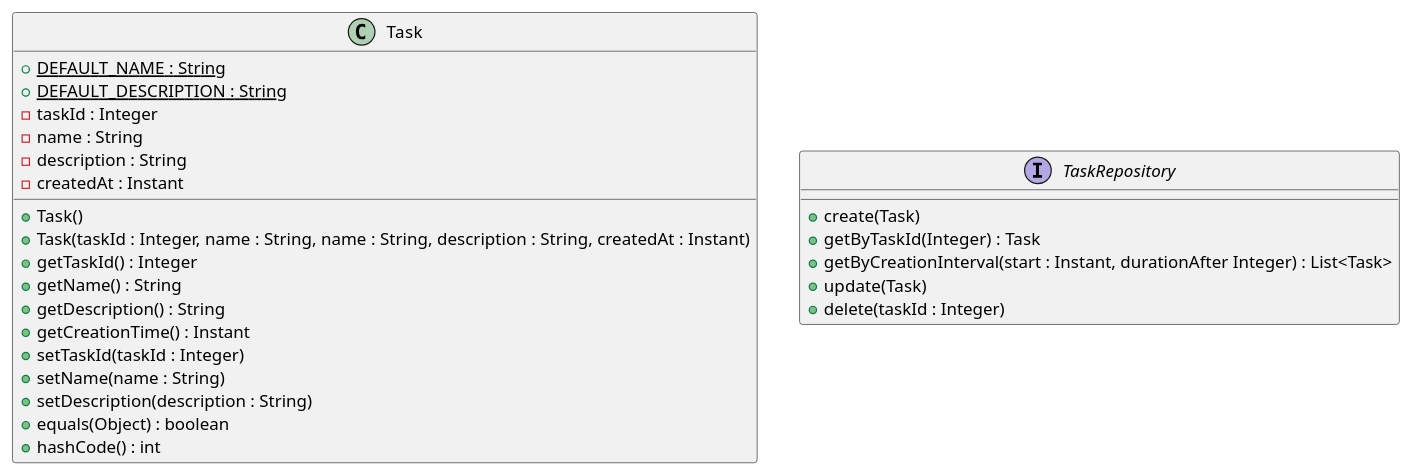
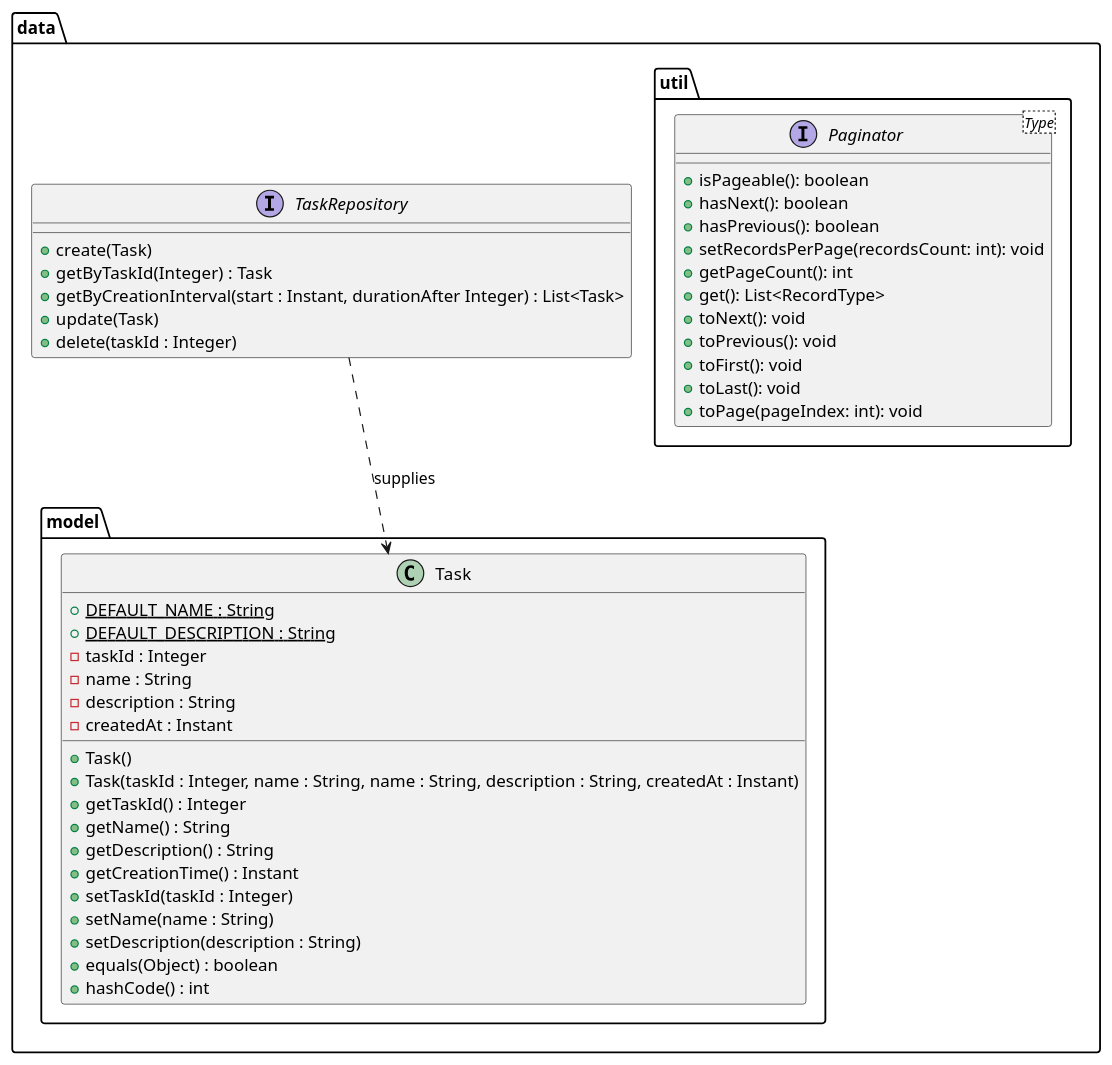
One commit to AhmdSkr/task-manager-client changed the diagram in src/main/java/com/rakkiz/taskmanagerclient/Task-Manager-Client-Class-Diagram.puml. Above: the diagram before and after it, drawn with PlantUML.

Commit message:
Class Diagram Updated

```diff
--- a/src/main/java/com/rakkiz/taskmanagerclient/Task-Manager-Client-Class-Diagram.puml
+++ b/src/main/java/com/rakkiz/taskmanagerclient/Task-Manager-Client-Class-Diagram.puml
@@ -1,31 +1,55 @@
 @startuml
 'https://plantuml.com/class-diagram
 
-class Task {
-    + {static} DEFAULT_NAME : String
-    + {static} DEFAULT_DESCRIPTION : String
-    - taskId : Integer
-    - name : String
-    - description : String
-    - createdAt : Instant
-    + Task()
-    + Task(taskId : Integer, name : String, name : String, description : String, createdAt : Instant)
-    + getTaskId() : Integer
-    + getName() : String
-    + getDescription() : String
-    + getCreationTime() : Instant
-    + setTaskId(taskId : Integer)
-    + setName(name : String)
-    + setDescription(description : String)
-    + equals(Object) : boolean
-    + hashCode() : int
-}
+package data {
 
-interface TaskRepository {
-    + create(Task)
-    + getByTaskId(Integer) : Task
-    + getByCreationInterval(start : Instant, durationAfter Integer) : List<Task>
-    + update(Task)
-    + delete(taskId : Integer)
+    package model {
+        class Task {
+            + {static} DEFAULT_NAME : String
+            + {static} DEFAULT_DESCRIPTION : String
+            - taskId : Integer
+            - name : String
+            - description : String
+            - createdAt : Instant
+            + Task()
+            + Task(taskId : Integer, name : String, name : String, description : String, createdAt : Instant)
+            + getTaskId() : Integer
+            + getName() : String
+            + getDescription() : String
+            + getCreationTime() : Instant
+            + setTaskId(taskId : Integer)
+            + setName(name : String)
+            + setDescription(description : String)
+            + equals(Object) : boolean
+            + hashCode() : int
+        }
+    }
+    package util {
+
+        interface Paginator<Type> {
+            + isPageable(): boolean
+            + hasNext(): boolean
+            + hasPrevious(): boolean
+            + setRecordsPerPage(recordsCount: int): void
+            + getPageCount(): int
+            + get(): List<RecordType>
+            + toNext(): void
+            + toPrevious(): void
+            + toFirst(): void
+            + toLast(): void
+            + toPage(pageIndex: int): void
+        }
+
+    }
+
+    interface TaskRepository {
+        + create(Task)
+        + getByTaskId(Integer) : Task
+        + getByCreationInterval(start : Instant, durationAfter Integer) : List<Task>
+        + update(Task)
+        + delete(taskId : Integer)
+    }
+    TaskRepository ..> Task : supplies
+
 }
 @enduml
```
